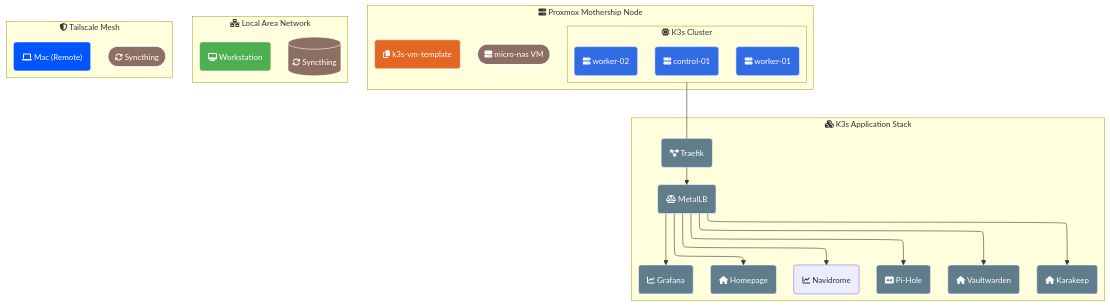
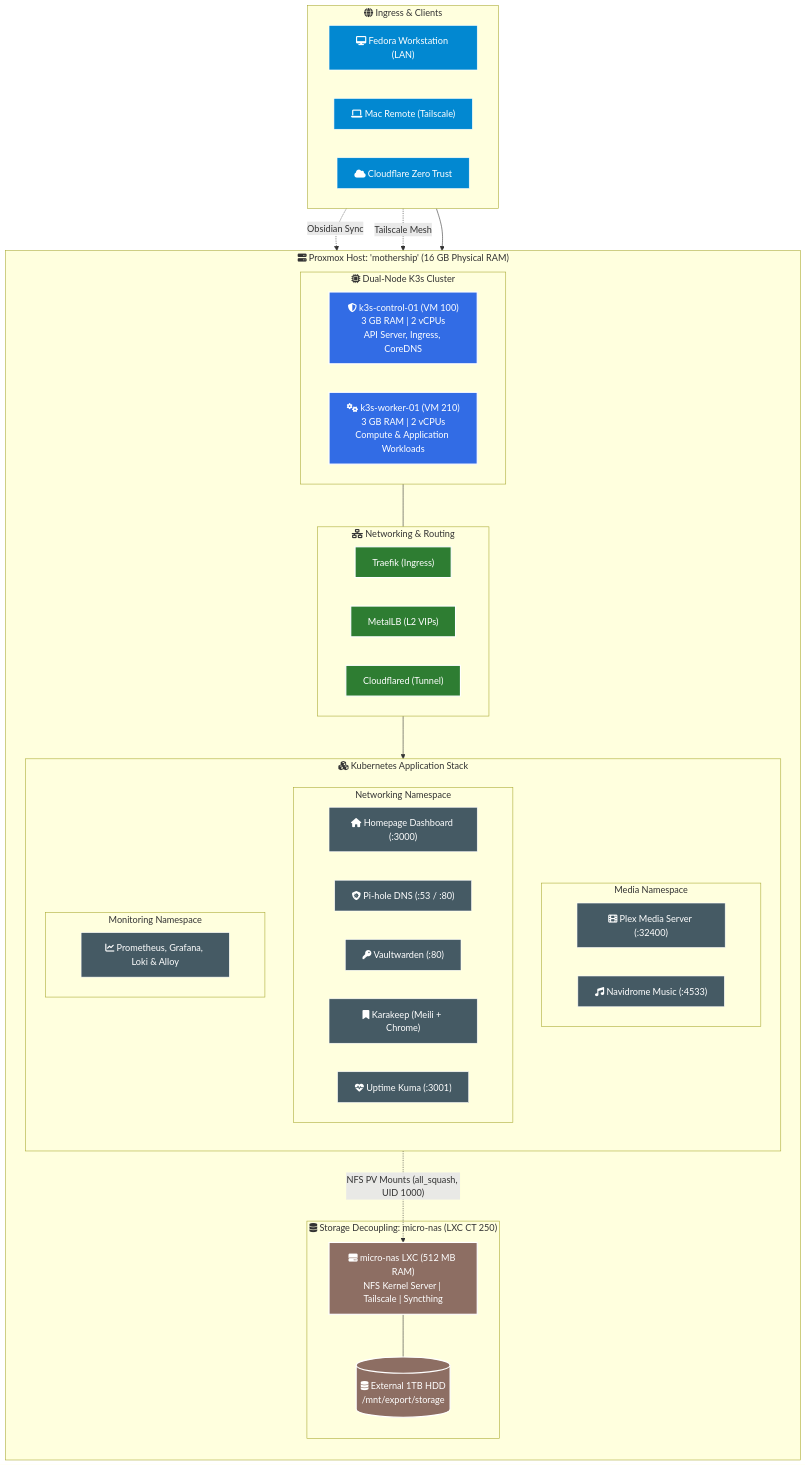
One commit to ManuelSaleta/homelab changed the diagram in README.md. Above: the diagram before and after it, drawn with Mermaid. The commit also changed other lines of this file, not shown here.

Commit message:
docs: overhaul README with dual-node architecture, LXC storage, and Plex specs

````diff
--- a/README.md
+++ b/README.md
@@ -13,76 +11,64 @@
 ```mermaid
----
-config:
-  theme: mc
-  themeVariables:
-    fontFamily: ''
-    fontSize: 14px
-  layout: elk
----
-flowchart TD
-    classDef k3s fill:#326ce5,stroke:#fff,color:#fff;
-    classDef cloudflare fill:#f38020,stroke:#fff,color:#fff;
-    classDef proxmox fill:#e46623,stroke:#fff,color:#fff;
-    classDef storage fill:#8d6e63,stroke:#fff,color:#fff;
-    classDef network fill:#4caf50,stroke:#fff,color:#fff;
-    classDef app fill:#607d8b,stroke:#fff,color:#fff;
-    classDef tailscale fill:#0055ff,stroke:#fff,color:#fff;
-    subgraph Proxmox_Mothership["fa:fa-server Proxmox Mothership Node"]
-        direction TB
-        micro_nas[("fa:fa-hdd micro-nas VM")]:::storage
+flowchart TB
+    classDef k3s fill:#326ce5,stroke:#fff,stroke-width:2px,color:#fff;
+    classDef proxmox fill:#e46623,stroke:#fff,stroke-width:2px,color:#fff;
+    classDef storage fill:#8d6e63,stroke:#fff,stroke-width:2px,color:#fff;
+    classDef network fill:#2e7d32,stroke:#fff,stroke-width:2px,color:#fff;
+    classDef app fill:#455a64,stroke:#fff,stroke-width:1px,color:#fff;
+    classDef client fill:#0288d1,stroke:#fff,stroke-width:1px,color:#fff;
 
-        subgraph K3s_Cluster["fa:fa-microchip K3s Cluster"]
-            direction LR
-            control["fa:fa-server control-01"]:::k3s
-            worker1["fa:fa-server worker-01"]:::k3s
-            worker2["fa:fa-server worker-02"]:::k3s
-        end
-        vm_template["fa:fa-copy k3s-vm-template"]:::proxmox
+    subgraph Clients["fa:fa-globe Ingress & Clients"]
+        direction LR
+        Fedora["fa:fa-desktop Fedora Workstation (LAN)"]:::client
+        MacRemote["fa:fa-laptop Mac Remote (Tailscale)"]:::client
+        CloudflareEdge["fa:fa-cloud Cloudflare Zero Trust"]:::client
     end
 
-    subgraph Local_LAN["fa:fa-network-wired Local Area Network"]
-        fedora["fa:fa-desktop Workstation" ]:::network
-        syncthing[("fa:fa-sync Syncthing")]:::storage
+    subgraph Proxmox_Mothership["fa:fa-server Proxmox Host: 'mothership' (16 GB Physical RAM)"]
+        direction TB
+
+        subgraph Storage_Layer["fa:fa-database Storage Decoupling: micro-nas (LXC CT 250)"]
+            MicroNAS["fa:fa-hdd micro-nas LXC (512 MB RAM)\nNFS Kernel Server | Tailscale | Syncthing"]:::storage
+            ExtHDD[("fa:fa-database External 1TB HDD\n/mnt/export/storage")]:::storage
+            MicroNAS --- ExtHDD
+        end
+
+        subgraph K3s_Cluster["fa:fa-microchip Dual-Node K3s Cluster"]
+            direction LR
+            ControlPlane["fa:fa-shield-alt k3s-control-01 (VM 100)\n3 GB RAM | 2 vCPUs\nAPI Server, Ingress, CoreDNS"]:::k3s
+            WorkerNode["fa:fa-cogs k3s-worker-01 (VM 210)\n3 GB RAM | 2 vCPUs\nCompute & Application Workloads"]:::k3s
+        end
+
+        subgraph Ingress_Networking["fa:fa-network-wired Networking & Routing"]
+            direction LR
+            Traefik["Traefik (Ingress)"]:::network
+            MetalLB["MetalLB (L2 VIPs)"]:::network
+            Cloudflared["Cloudflared (Tunnel)"]:::network
+        end
+
+        subgraph Applications["fa:fa-cubes Kubernetes Application Stack"]
+            direction TB
+            subgraph Media_Namespace["Media Namespace"]
+                Plex["fa:fa-film Plex Media Server (:32400)"]:::app
+                Navidrome["fa:fa-music Navidrome Music (:4533)"]:::app
+            end
+            subgraph Networking_Namespace["Networking Namespace"]
+                Homepage["fa:fa-home Homepage Dashboard (:3000)"]:::app
+                PiHole["fa:fa-shield-virus Pi-hole DNS (:53 / :80)"]:::app
+                Vaultwarden["fa:fa-key Vaultwarden (:80)"]:::app
+                Karakeep["fa:fa-bookmark Karakeep (Meili + Chrome)"]:::app
+                UptimeKuma["fa:fa-heartbeat Uptime Kuma (:3001)"]:::app
+            end
+            subgraph Monitoring_Namespace["Monitoring Namespace"]
+                Monitoring["fa:fa-chart-line Prometheus, Grafana, Loki & Alloy"]:::app
+            end
+        end
     end
 
-    subgraph Tailnet["fa:fa-shield-alt Tailscale Mesh"]
-        mac["fa:fa-laptop Mac (Remote)"]:::tailscale
-        nas_node[("fa:fa-sync Syncthing")]:::storage
-    end
-
-    subgraph K3s_Apps["fa:fa-cubes K3s Application Stack"]
-        Traefik["fa:fa-project-diagram Traefik"]:::app
-        MetalLB["fa:fa-balance-scale MetalLB"]:::app
-        Homepage["fa:fa-home Homepage"]:::app
-        Vaultwarden["fa:fa-home Vaultwarden"]:::app
-        Karakeep["fa:fa-home Karakeep"]:::app
-        PiHole["fa:fa-ad Pi-Hole"]:::app
-        Grafana["fa:fa-chart-line Grafana"]:::app
-        Navidrome["fa:fa-chart-line Navidrome"]:::server
-    end
-
-    Traefik --> MetalLB
-    MetalLB --> Homepage & PiHole & Grafana & Vaultwarden & Karakeep & Navidrome
-    K3s_Cluster --- Traefik
-    K3s_Cluster@{ shape: rounded }
-    Proxmox_Mothership@{ shape: rounded }
-    Local_LAN@{ shape: rounded }
-    Tailnet@{ shape: rounded }
-    K3s_Apps@{ shape: rounded }
-    micro_nas@{ shape: stadium }
-    nas_node@{ shape: stadium }
-    control@{ shape: rounded }
-    worker1@{ shape: rounded }
-    worker2@{ shape: rounded }
-    Traefik@{ shape: rounded }
-    MetalLB@{ shape: rounded }
-    Homepage@{ shape: rounded }
-    Vaultwarden@{ shape: rounded }
-    Karakeep@{ shape: rounded }
-    PiHole@{ shape: rounded }
-    Grafana@{ shape: rounded }
-    Navidrome@{ shape: rounded }
-    fedora@{ shape: rounded }
-    mac@{ shape: rounded }
-    vm_template@{ shape: rounded }
+    Clients --> Ingress_Networking
+    Ingress_Networking --> Applications
+    K3s_Cluster --- Ingress_Networking
+    Applications -. "NFS PV Mounts (all_squash, UID 1000)" .-> MicroNAS
+    Fedora -. "Obsidian Sync" .-> MicroNAS
+    MacRemote -. "Tailscale Mesh" .-> MicroNAS
 ```
````
